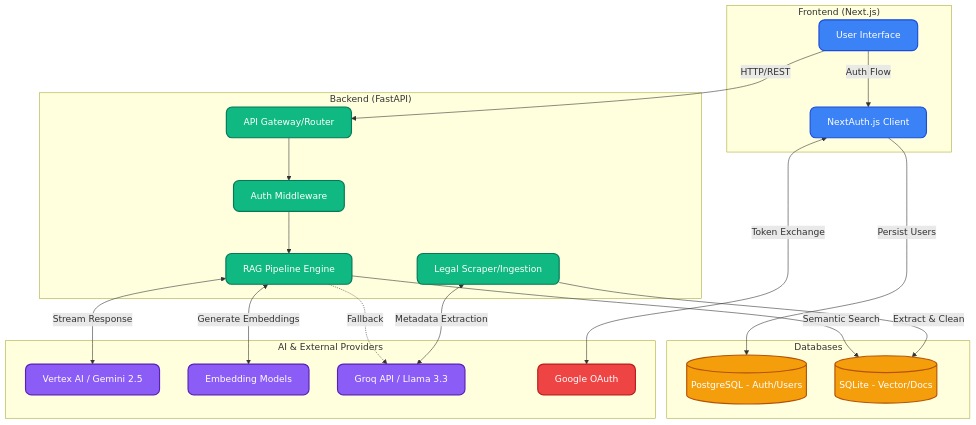
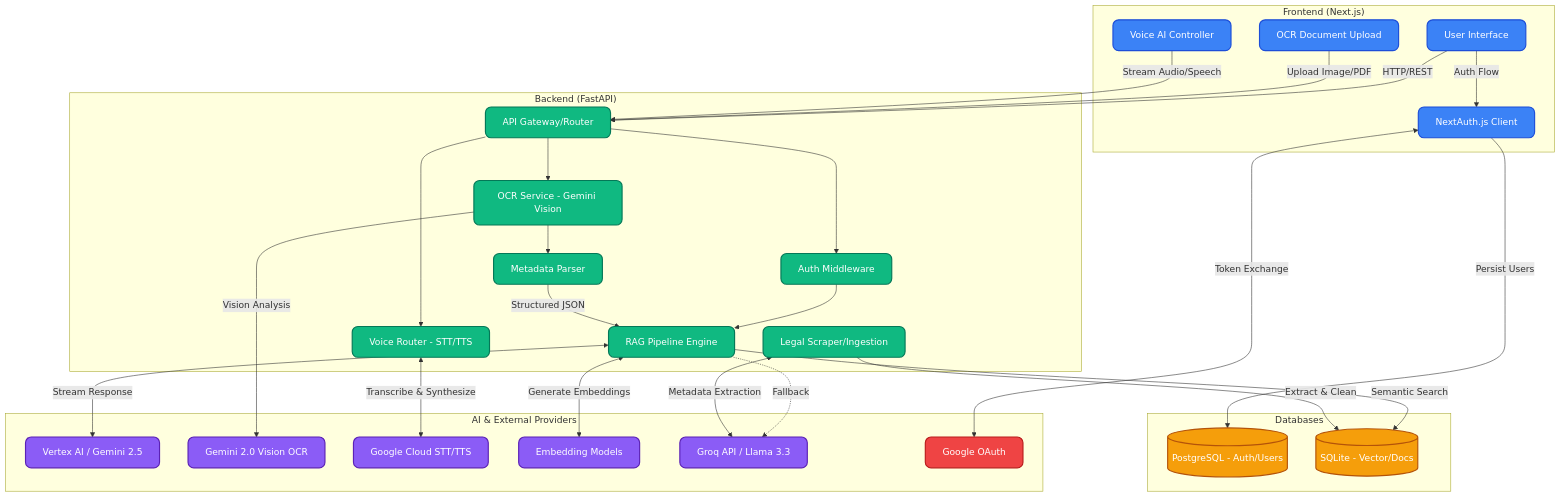
Before and after one commit to SudhanshuBiswas01/Justice-AI: the diagram in README.md, drawn with Mermaid. The commit also changed other lines of this file and 11 other files, not shown here.

Commit message:
chore: release v1.0, update HLD, fix voice proxy and backend STT config

````diff
--- a/README.md
+++ b/README.md
@@ -69,50 +72,68 @@
 ```mermaid
 graph TD
     %% Styling definitions
     classDef frontend fill:#3b82f6,stroke:#1d4ed8,stroke-width:2px,color:#fff,rx:10,ry:10;
     classDef backend fill:#10b981,stroke:#047857,stroke-width:2px,color:#fff,rx:10,ry:10;
     classDef db fill:#f59e0b,stroke:#b45309,stroke-width:2px,color:#fff,rx:10,ry:10;
     classDef llm fill:#8b5cf6,stroke:#5b21b6,stroke-width:2px,color:#fff,rx:10,ry:10;
     classDef external fill:#ef4444,stroke:#b91c1c,stroke-width:2px,color:#fff,rx:10,ry:10;
 
     subgraph "Frontend (Next.js)"
         UI[User Interface]:::frontend
+        VoiceOrb[Voice AI Controller]:::frontend
+        OCRUpload[OCR Document Upload]:::frontend
         AuthClient[NextAuth.js Client]:::frontend
     end
 
     subgraph "Backend (FastAPI)"
         API[API Gateway/Router]:::backend
         RAG[RAG Pipeline Engine]:::backend
         AuthAPI[Auth Middleware]:::backend
+        OCRService[OCR Service - Gemini Vision]:::backend
+        MetaParser[Metadata Parser]:::backend
+        VoiceRouter[Voice Router - STT/TTS]:::backend
         Scraper[Legal Scraper/Ingestion]:::backend
     end
 
     subgraph "Databases"
         PG[(PostgreSQL - Auth/Users)]:::db
         SQLite[(SQLite - Vector/Docs)]:::db
     end
 
     subgraph "AI & External Providers"
         Vertex[Vertex AI / Gemini 2.5]:::llm
+        GeminiVision[Gemini 2.0 Vision OCR]:::llm
+        GCPVoice[Google Cloud STT/TTS]:::llm
         Embed[Embedding Models]:::llm
         Groq[Groq API / Llama 3.3]:::llm
         OAuth[Google OAuth]:::external
     end
 
     %% Connections
     UI -->|HTTP/REST| API
     UI -->|Auth Flow| AuthClient
     AuthClient <-->|Token Exchange| OAuth
     AuthClient -->|Persist Users| PG
+
+    OCRUpload -->|Upload Image/PDF| API
+    VoiceOrb -->|Stream Audio/Speech| API
     
     API --> AuthAPI
     AuthAPI --> RAG
+    
+    API --> OCRService
+    OCRService -->|Vision Analysis| GeminiVision
+    OCRService --> MetaParser
+    MetaParser -->|Structured JSON| RAG
+    
+    API --> VoiceRouter
+    VoiceRouter <-->|Transcribe & Synthesize| GCPVoice
     
     RAG -->|Semantic Search| SQLite
     RAG <-->|Stream Response| Vertex
     RAG <-->|Generate Embeddings| Embed
     RAG -.->|Fallback| Groq
     
     Scraper -->|Extract & Clean| SQLite
     Scraper <-->|Metadata Extraction| Groq
 ```
````
